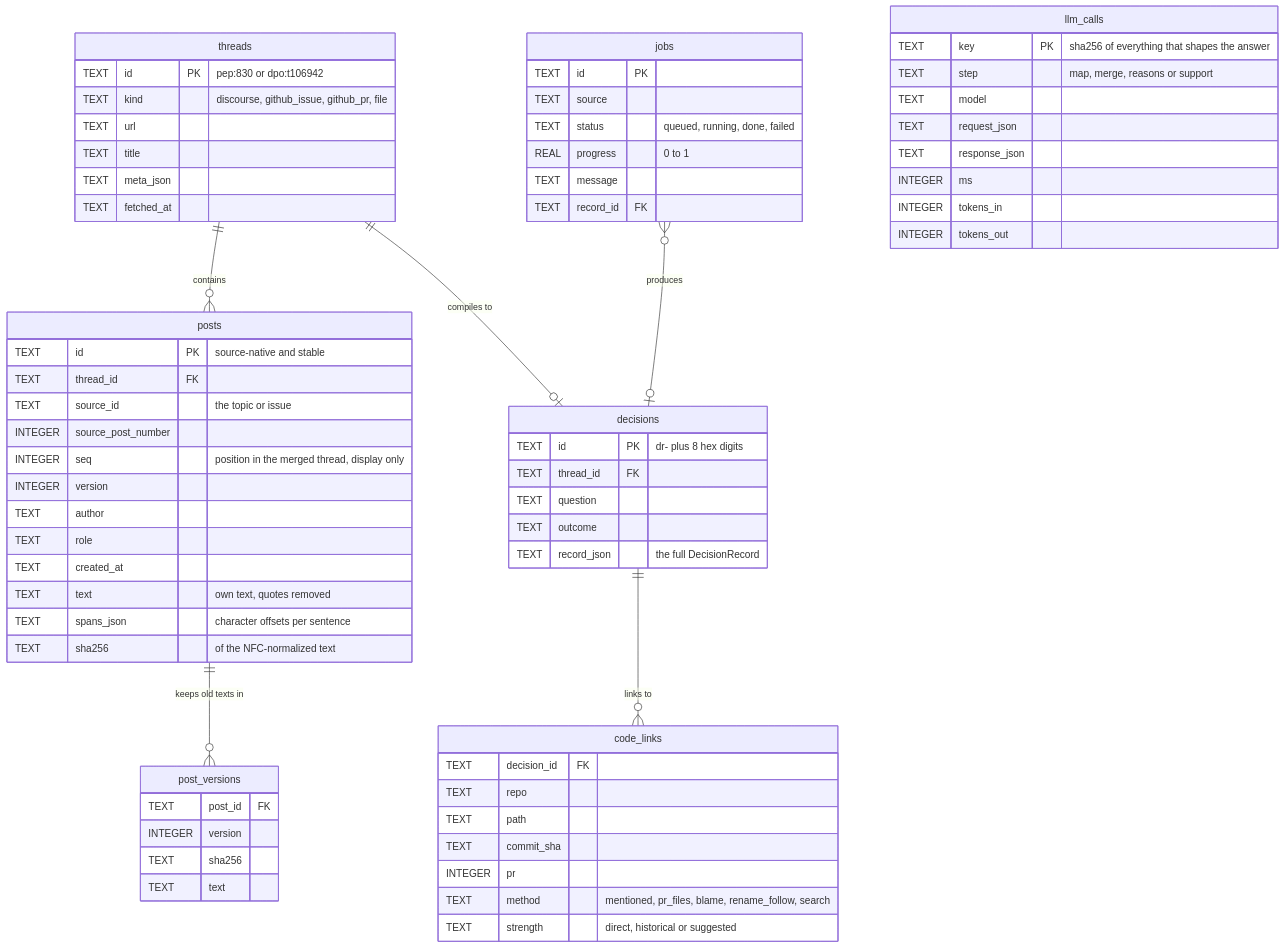
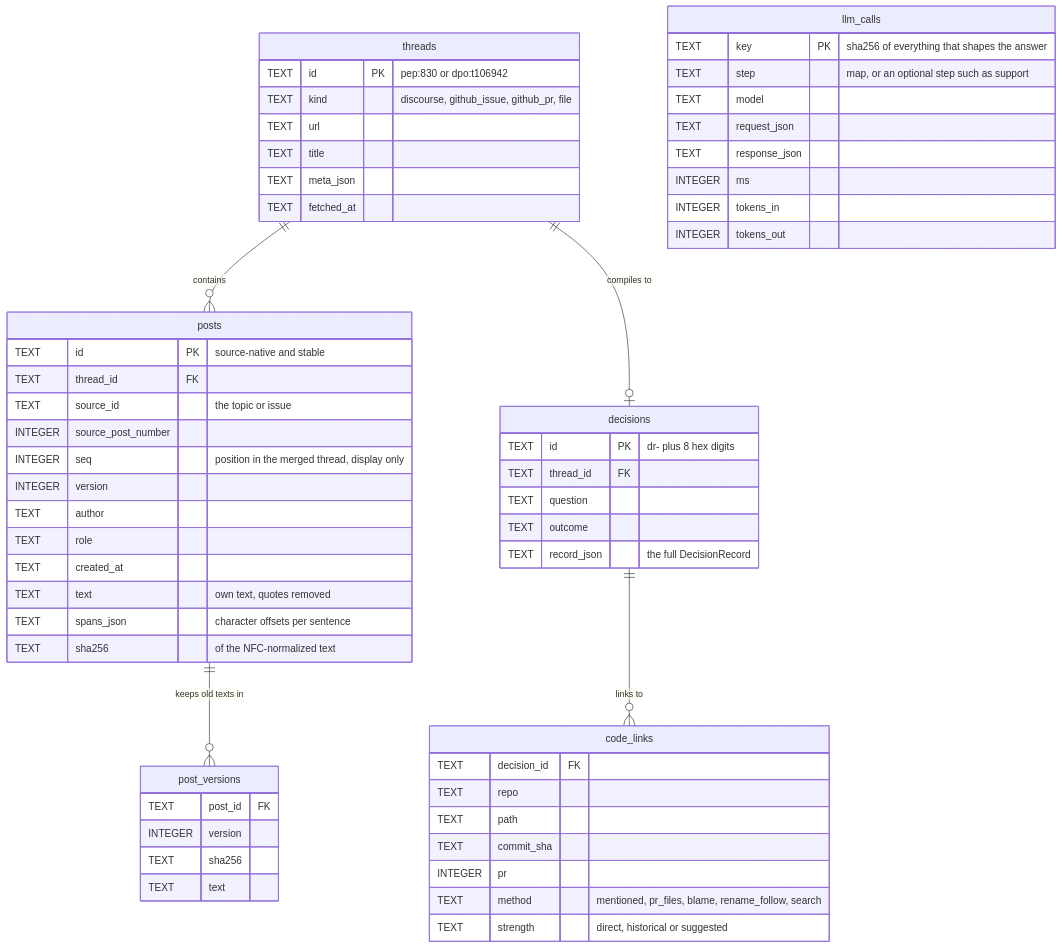
Before and after one commit to Madhav-GPT/DecRack: the fifth of 8 diagrams in docs/ARCHITECTURE.md, drawn with Mermaid. The commit also changed other lines of this file and 6 other files, not shown here.

````diff
--- a/docs/ARCHITECTURE.md
+++ b/docs/ARCHITECTURE.md
@@ -399,70 +413,61 @@
 ```mermaid
 erDiagram
     threads ||--o{ posts : contains
     posts ||--o{ post_versions : "keeps old texts in"
     threads ||--o| decisions : "compiles to"
     decisions ||--o{ code_links : "links to"
-    jobs }o--o| decisions : produces
     threads {
         TEXT id PK "pep:830 or dpo:t106942"
         TEXT kind "discourse, github_issue, github_pr, file"
         TEXT url
         TEXT title
         TEXT meta_json
         TEXT fetched_at
     }
     posts {
         TEXT id PK "source-native and stable"
         TEXT thread_id FK
         TEXT source_id "the topic or issue"
         INTEGER source_post_number
         INTEGER seq "position in the merged thread, display only"
         INTEGER version
         TEXT author
         TEXT role
         TEXT created_at
         TEXT text "own text, quotes removed"
         TEXT spans_json "character offsets per sentence"
         TEXT sha256 "of the NFC-normalized text"
     }
     post_versions {
         TEXT post_id FK
         INTEGER version
         TEXT sha256
         TEXT text
     }
     decisions {
         TEXT id PK "dr- plus 8 hex digits"
         TEXT thread_id FK
         TEXT question
         TEXT outcome
         TEXT record_json "the full DecisionRecord"
     }
     code_links {
         TEXT decision_id FK
         TEXT repo
         TEXT path
         TEXT commit_sha
         INTEGER pr
         TEXT method "mentioned, pr_files, blame, rename_follow, search"
         TEXT strength "direct, historical or suggested"
     }
-    jobs {
-        TEXT id PK
-        TEXT source
-        TEXT status "queued, running, done, failed"
-        REAL progress "0 to 1"
-        TEXT message
-        TEXT record_id FK
-    }
     llm_calls {
         TEXT key PK "sha256 of everything that shapes the answer"
-        TEXT step "map, merge, reasons or support"
+        TEXT step "map, or an optional step such as support"
         TEXT model
         TEXT request_json
         TEXT response_json
         INTEGER ms
         INTEGER tokens_in
         INTEGER tokens_out
     }
 ```
````
